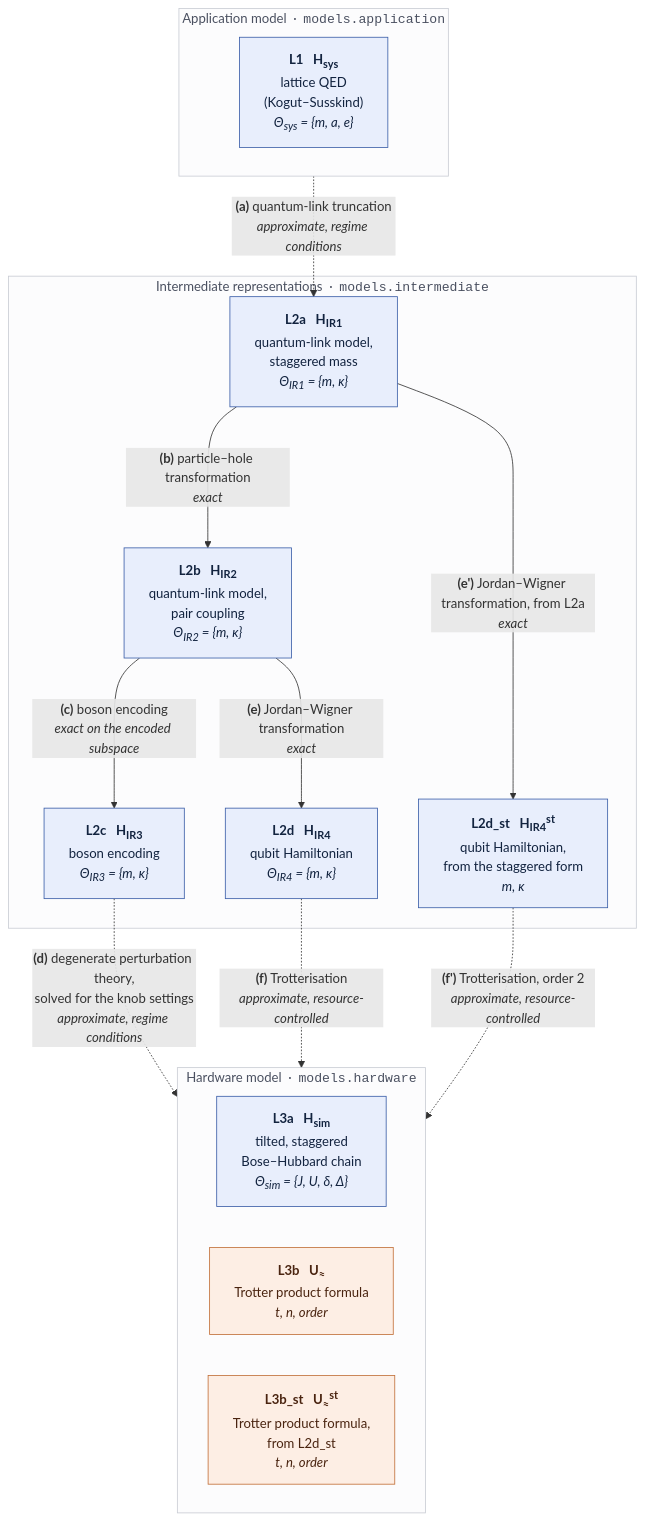
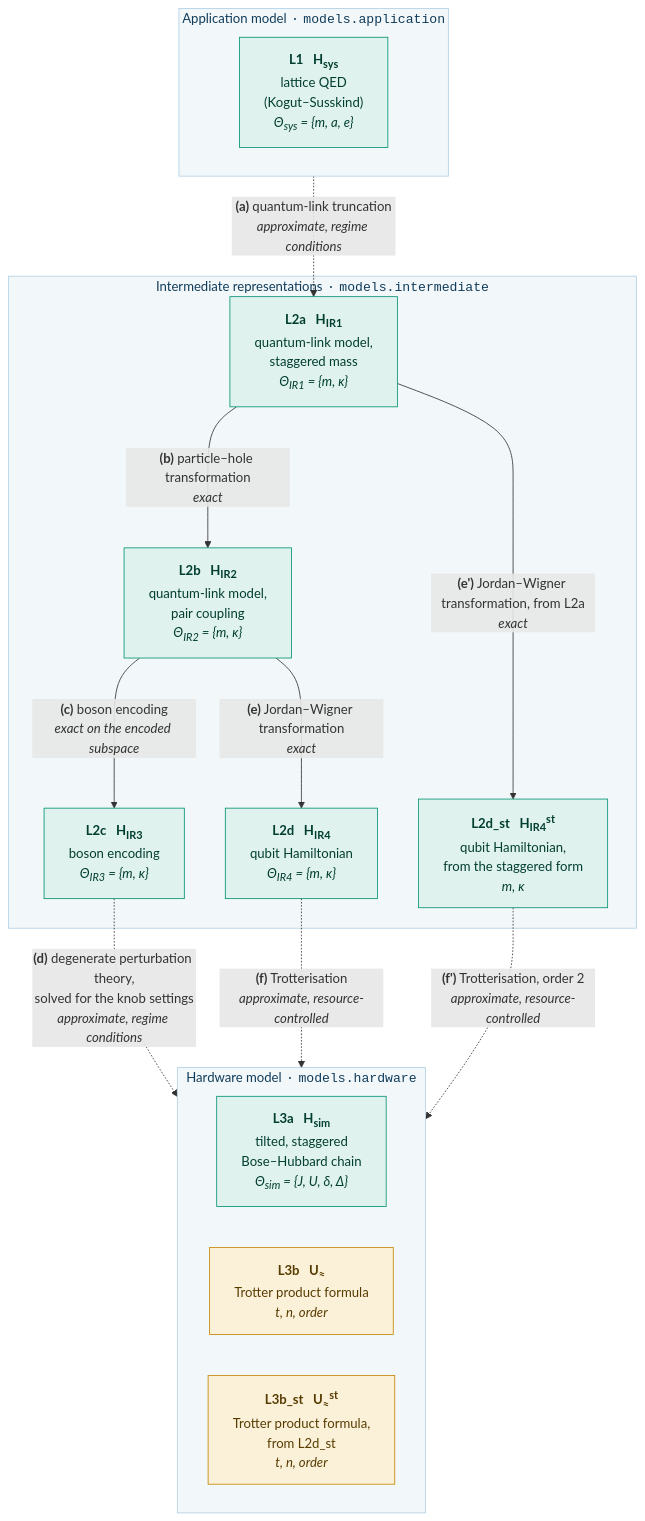
The diagram in docs/schwinger.md (lfd/qsimod), drawn with Mermaid before and after one commit. The commit also changed 8 other files, not shown here.

Commit message:
mathJax in zensical docs; lfd colours in mermaid figure

````diff
--- a/docs/schwinger.md
+++ b/docs/schwinger.md
@@ -32,37 +32,37 @@
 ```mermaid
 flowchart TB
     subgraph LV1["Application model &nbsp;·&nbsp; <code>models.application</code>"]
         direction LR
         L1["<b>L1 &nbsp; H<sub>sys</sub></b><br/>lattice QED<br/>(Kogut–Susskind)<br/><i>Θ<sub>sys</sub> = {m, a, e}</i>"]
     end
     subgraph LV2["Intermediate representations &nbsp;·&nbsp; <code>models.intermediate</code>"]
         L2a["<b>L2a &nbsp; H<sub>IR1</sub></b><br/>quantum-link model,<br/>staggered mass<br/><i>Θ<sub>IR1</sub> = {m, κ}</i>"]
         L2b["<b>L2b &nbsp; H<sub>IR2</sub></b><br/>quantum-link model,<br/>pair coupling<br/><i>Θ<sub>IR2</sub> = {m, κ}</i>"]
         L2c["<b>L2c &nbsp; H<sub>IR3</sub></b><br/>boson encoding<br/><i>Θ<sub>IR3</sub> = {m, κ}</i>"]
         L2d["<b>L2d &nbsp; H<sub>IR4</sub></b><br/>qubit Hamiltonian<br/><i>Θ<sub>IR4</sub> = {m, κ}</i>"]
         L2d_st["<b>L2d_st &nbsp; H<sub>IR4</sub><sup>st</sup></b><br/>qubit Hamiltonian,<br/>from the staggered form<br/><i>m, κ</i>"]
     end
     subgraph LV3["Hardware model &nbsp;·&nbsp; <code>models.hardware</code>"]
         direction LR
         L3a["<b>L3a &nbsp; H<sub>sim</sub></b><br/>tilted, staggered<br/>Bose–Hubbard chain<br/><i>Θ<sub>sim</sub> = {J, U, δ, Δ}</i>"]
         L3b["<b>L3b &nbsp; U<sub>≈</sub></b><br/>Trotter product formula<br/><i>t, n, order</i>"]
         L3b_st["<b>L3b_st &nbsp; U<sub>≈</sub><sup>st</sup></b><br/>Trotter product formula,<br/>from L2d_st<br/><i>t, n, order</i>"]
     end
 
     L1  -. "<b>(a)</b> quantum-link truncation<br/><i>approximate, regime conditions</i>" .-> L2a
     L2a ---> |"<b>(b)</b> particle–hole transformation<br/><i>exact</i>"| L2b
     L2b ---> |"<b>(c)</b> boson encoding<br/><i>exact on the encoded subspace</i>"| L2c
     L2c -. "<b>(d)</b> degenerate perturbation theory,<br/>solved for the knob settings<br/><i>approximate, regime conditions</i>" .-> L3a
     L2b ---> |"<b>(e)</b> Jordan–Wigner transformation<br/><i>exact</i>"| L2d
     L2d -. "<b>(f)</b> Trotterisation<br/><i>approximate, resource-controlled</i>" .-> L3b
     L2a ---> |"<b>(e')</b> Jordan–Wigner transformation, from L2a<br/><i>exact</i>"| L2d_st
     L2d_st -. "<b>(f')</b> Trotterisation, order 2<br/><i>approximate, resource-controlled</i>" .-> L3b_st
 
-    classDef ham fill:#e8eefc,stroke:#3b5ea8,color:#12233f
-    classDef pf fill:#fdeee4,stroke:#c2703a,color:#4a2410
+    classDef ham fill:#e0f2ee,stroke:#009371,color:#003e2f
+    classDef pf fill:#fbf1d9,stroke:#c48700,color:#573c00
     class L1,L2a,L2b,L2c,L2d,L2d_st,L3a ham
     class L3b,L3b_st pf
-    style LV1 fill:#fcfcfd,stroke:#c9ccd4,color:#4a5060
-    style LV2 fill:#fcfcfd,stroke:#c9ccd4,color:#4a5060
-    style LV3 fill:#fcfcfd,stroke:#c9ccd4,color:#4a5060
+    style LV1 fill:#f2f7fa,stroke:#b1d0e5,color:#103c5a
+    style LV2 fill:#f2f7fa,stroke:#b1d0e5,color:#103c5a
+    style LV3 fill:#f2f7fa,stroke:#b1d0e5,color:#103c5a
 ```
````
